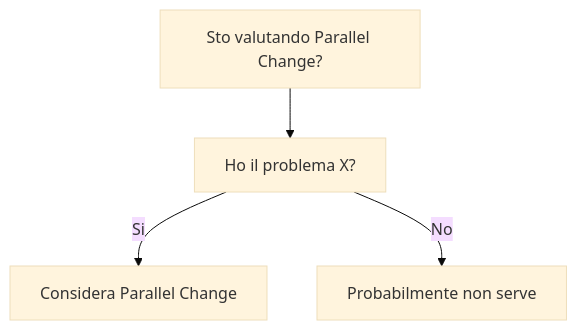
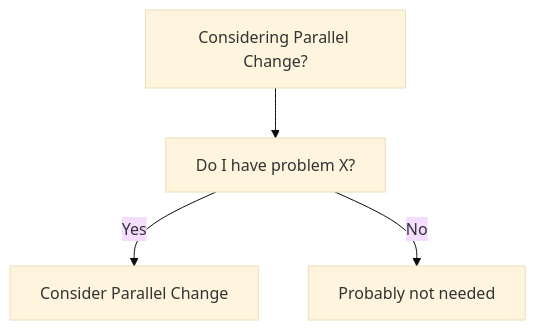
One commit to HxT9/Software-Dev-Wiki changed the diagram in dev-wiki/26_Refactoring/Parallel_Change/When_To_Use.md. Above: the diagram before and after it, drawn with Mermaid (base theme). The commit also changed other lines of this file and 3444 other files, not shown here.

````diff
--- a/dev-wiki/26_Refactoring/Parallel_Change/When_To_Use.md
+++ b/dev-wiki/26_Refactoring/Parallel_Change/When_To_Use.md
@@ -19,6 +19,6 @@
 ```mermaid
 flowchart TD
-  Q[Sto valutando Parallel Change?] --> Q1[Ho il problema X?]
-  Q1 -->|Si| OK[Considera Parallel Change]
-  Q1 -->|No| NO[Probabilmente non serve]
+  Q[Considering Parallel Change?] --> Q1[Do I have problem X?]
+  Q1 -->|Yes| OK[Consider Parallel Change]
+  Q1 -->|No| NO[Probably not needed]
 ```
````
